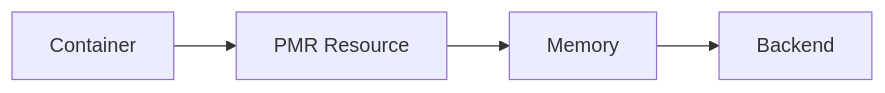
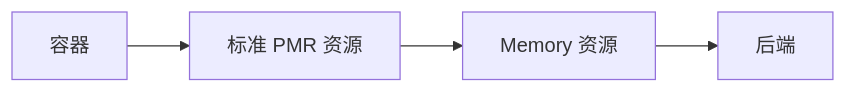
One commit to dugan-dev/UniMemory changed the diagram in docs/guides/containers.zh-CN.md. Above: the diagram before and after it, drawn with Mermaid. The commit also changed other lines of this file and 44 other files, not shown here.

````diff
--- a/docs/guides/containers.zh-CN.md
+++ b/docs/guides/containers.zh-CN.md
@@ -41,6 +46,6 @@
 ```mermaid
 flowchart LR
-    C[Container] --> P[PMR Resource]
-    P --> M[Memory]
-    M --> B[Backend]
+    A[容器] --> B[标准 PMR 资源]
+    B --> C[Memory 资源]
+    C --> D[后端]
 ```
````
